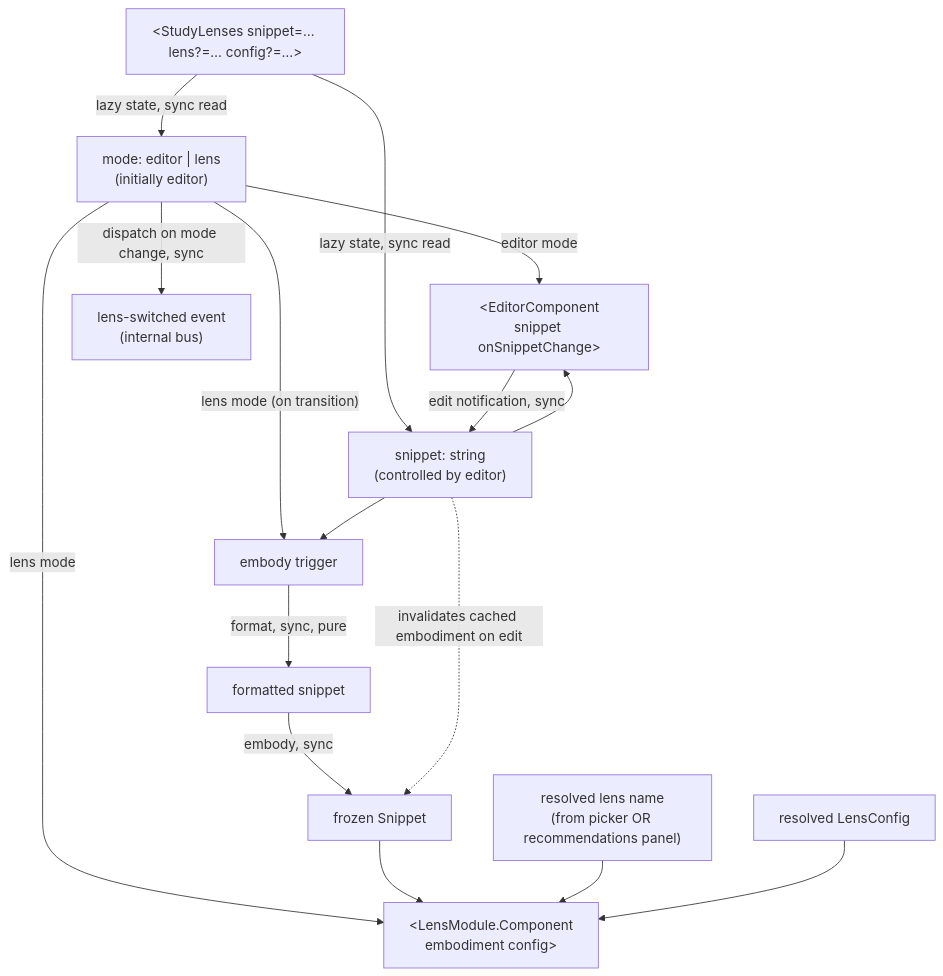
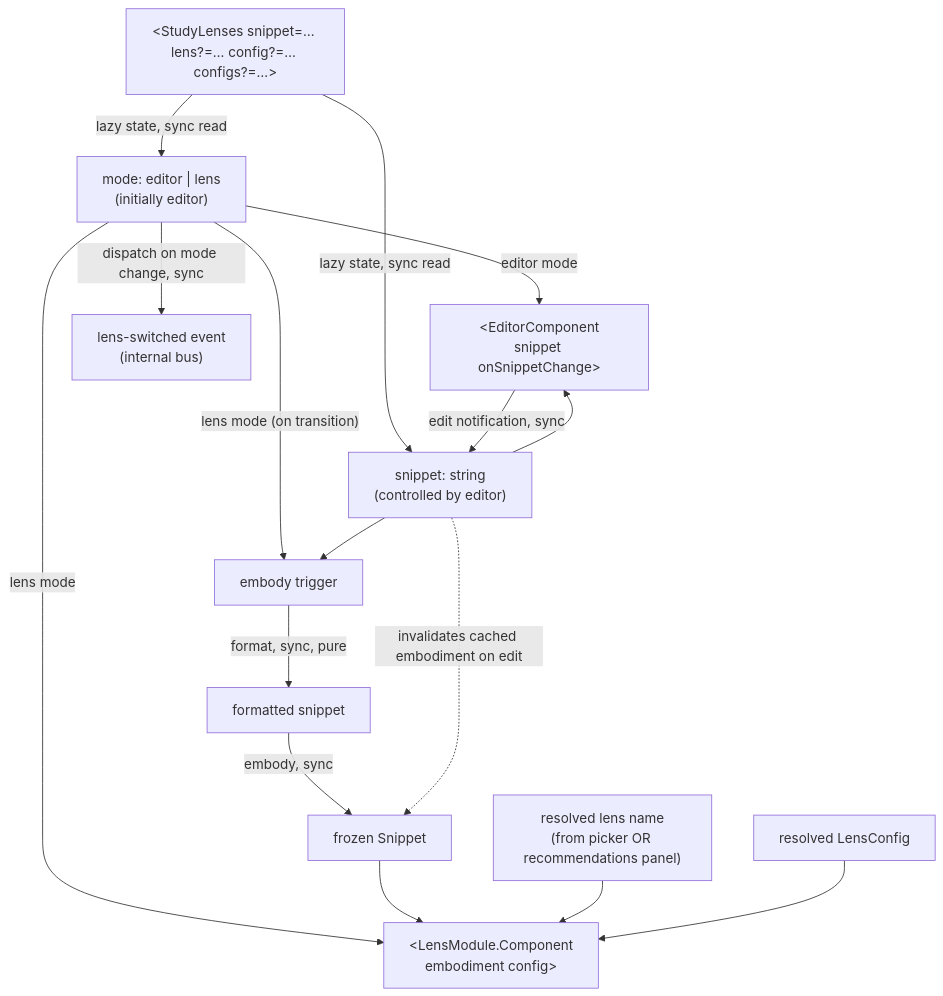
Before and after one commit to codeschoolinabox/curricula: the third of 4 diagrams in src/lib/welcome-to-programming/just-enough/javascript/orchestrate/DOCS.md, drawn with Mermaid. The commit also changed other lines of this file and 14 other files, not shown here.

````diff
--- a/src/lib/welcome-to-programming/just-enough/javascript/orchestrate/DOCS.md
+++ b/src/lib/welcome-to-programming/just-enough/javascript/orchestrate/DOCS.md
@@ -153,25 +183,25 @@
 ```mermaid
 flowchart TD
-    Props["&lt;StudyLenses snippet=… lens?=… config?=…&gt;"]
+    Props["&lt;StudyLenses snippet=… lens?=… config?=… configs?=…&gt;"]
 
     Props -->|"lazy state, sync read"| Mode["mode: editor | lens<br/>(initially editor)"]
     Props -->|"lazy state, sync read"| SnippetState["snippet: string<br/>(controlled by editor)"]
 
     Mode -->|"editor mode"| EditorMount["&lt;EditorComponent<br/>snippet onSnippetChange&gt;"]
     SnippetState --> EditorMount
     EditorMount -->|"edit notification, sync"| SnippetState
 
     Mode -->|"lens mode (on transition)"| EmbodyTrigger["embody trigger"]
     SnippetState --> EmbodyTrigger
     EmbodyTrigger -->|"format, sync, pure"| Formatted["formatted snippet"]
     Formatted -->|"embody, sync"| Embodiment["frozen Snippet"]
 
     Mode -->|"lens mode"| LensMount["&lt;LensModule.Component<br/>embodiment config&gt;"]
     Embodiment --> LensMount
     LensProp["resolved lens name<br/>(from picker OR recommendations panel)"] --> LensMount
     ConfigProp["resolved LensConfig"] --> LensMount
 
     Mode -->|"dispatch on mode change, sync"| InternalBus["lens-switched event<br/>(internal bus)"]
 
     SnippetState -.invalidates cached embodiment on edit.-> Embodiment
 ```
````
